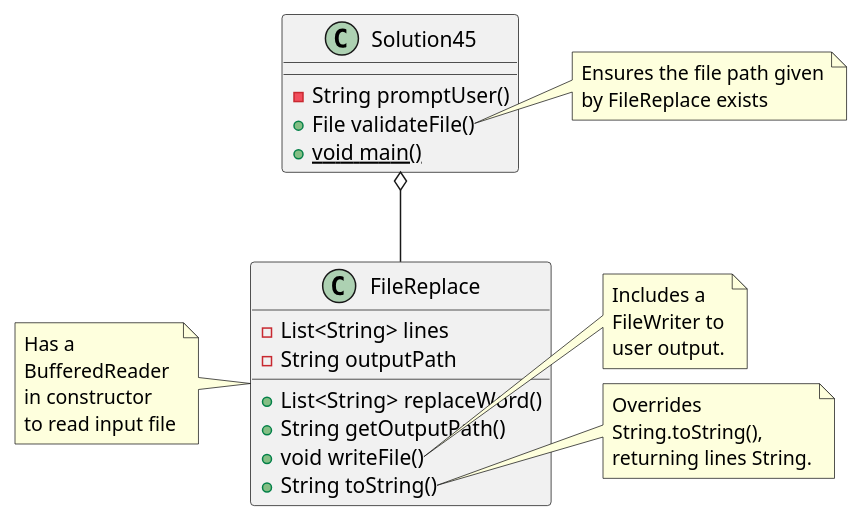
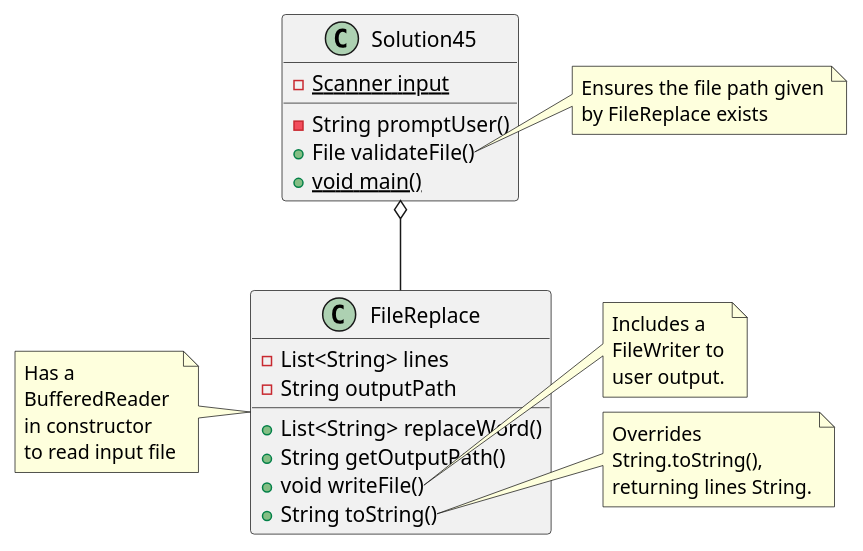
Before and after one commit to lastingParadox/preston-a04: the diagram in exercise45/docs/classes.puml, drawn with PlantUML. The commit also changed 3 other files, not shown here.

Commit message:
Verified test cases, added copyright, fixed diagram, completed exercise45

```diff
--- a/exercise45/docs/classes.puml
+++ b/exercise45/docs/classes.puml
@@ -1,45 +1,46 @@
 @startuml
 
 class Solution45 {
+    -{static}Scanner input
     -String promptUser()
     +File validateFile()
     +{static}void main()
 }
 
 class FileReplace {
     -List<String> lines
     -String outputPath
 
     +List<String> replaceWord()
     +String getOutputPath()
     +void writeFile()
     +String toString()
 }
 
 Solution45 o-- FileReplace
 
 note right of Solution45::validateFile {
     Ensures the file path given
     by FileReplace exists
 }
 
 note right of FileReplace::writeFile {
     Includes a
     FileWriter to
     user output.
 }
 
 note right of FileReplace::toString {
     Overrides
     String.toString(),
     returning lines String.
 }
 
 note left of FileReplace {
     Has a
     BufferedReader
     in constructor
     to read input file
 }
 
 @enduml
```
